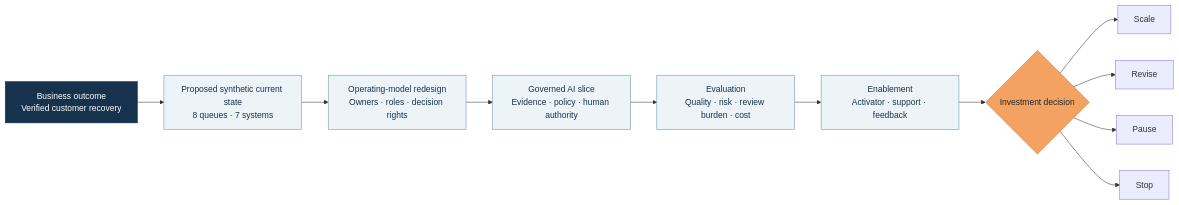
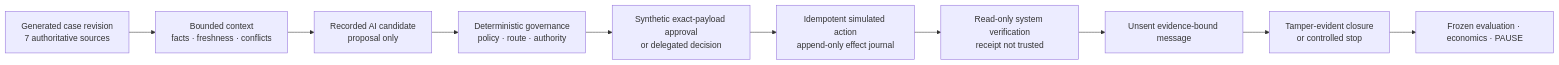
Before and after one commit to rrodenas3/commerce-ai-transformation-lab: the diagram in README.md, drawn with Mermaid. The commit also changed other lines of this file and 1469 other files, not shown here.

````diff
--- a/README.md
+++ b/README.md
@@ -62,20 +75,12 @@
 ```mermaid
 flowchart LR
-    A["Business outcome<br/>Verified customer recovery"] --> B["Proposed synthetic current state<br/>8 queues · 7 systems"]
-    B --> C["Operating-model redesign<br/>Owners · roles · decision rights"]
-    C --> D["Governed AI slice<br/>Evidence · policy · human authority"]
-    D --> E["Evaluation<br/>Quality · risk · review burden · cost"]
-    E --> F["Enablement<br/>Activator · support · feedback"]
-    F --> G{"Investment decision"}
-    G --> H["Scale"]
-    G --> I["Revise"]
-    G --> J["Pause"]
-    G --> K["Stop"]
-
-    classDef outcome fill:#17324d,color:#fff,stroke:#17324d;
-    classDef work fill:#edf4f7,color:#17324d,stroke:#6c8ea3;
-    classDef decision fill:#f4a261,color:#1f2933,stroke:#c96f27;
-    class A outcome;
-    class B,C,D,E,F work;
-    class G decision;
+    A["Generated case revision<br/>7 authoritative sources"] --> B["Bounded context<br/>facts · freshness · conflicts"]
+    B --> C["Recorded AI candidate<br/>proposal only"]
+    C --> D["Deterministic governance<br/>policy · route · authority"]
+    D --> E["Synthetic exact-payload approval<br/>or delegated decision"]
+    E --> F["Idempotent simulated action<br/>append-only effect journal"]
+    F --> G["Read-only system verification<br/>receipt not trusted"]
+    G --> H["Unsent evidence-bound message"]
+    H --> I["Tamper-evident closure<br/>or controlled stop"]
+    I --> J["Frozen evaluation · economics · PAUSE"]
 ```
````
